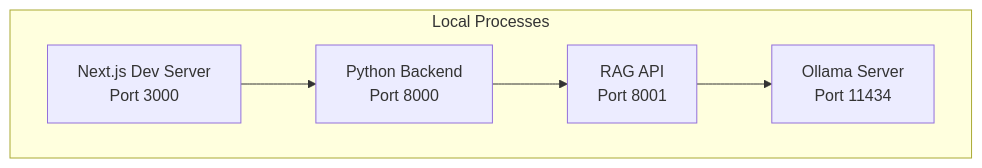
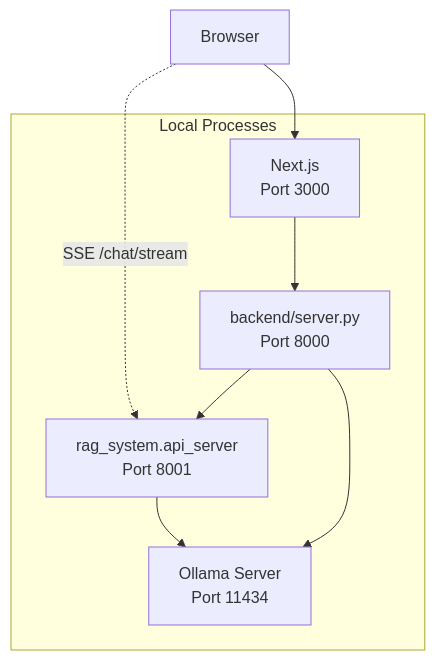
Before and after one commit to PromtEngineer/localGPT: the second of 2 diagrams in Documentation/deployment_guide.md, drawn with Mermaid. The commit also changed other lines of this file and 110 other files, not shown here.

````diff
--- a/Documentation/deployment_guide.md
+++ b/Documentation/deployment_guide.md
@@ -303,13 +293,16 @@
 ```mermaid
 graph TB
     subgraph "Local Processes"
-        Frontend[Next.js Dev Server<br/>Port 3000]
-        Backend[Python Backend<br/>Port 8000]
-        RAG[RAG API<br/>Port 8001]
+        Frontend[Next.js<br/>Port 3000]
+        Backend[backend/server.py<br/>Port 8000]
+        RAG[rag_system.api_server<br/>Port 8001]
         Ollama[Ollama Server<br/>Port 11434]
     end
-    
+
+    Browser --> Frontend
+    Browser -. "SSE /chat/stream" .-> RAG
     Frontend --> Backend
     Backend --> RAG
     RAG --> Ollama
+    Backend --> Ollama
 ```
````
